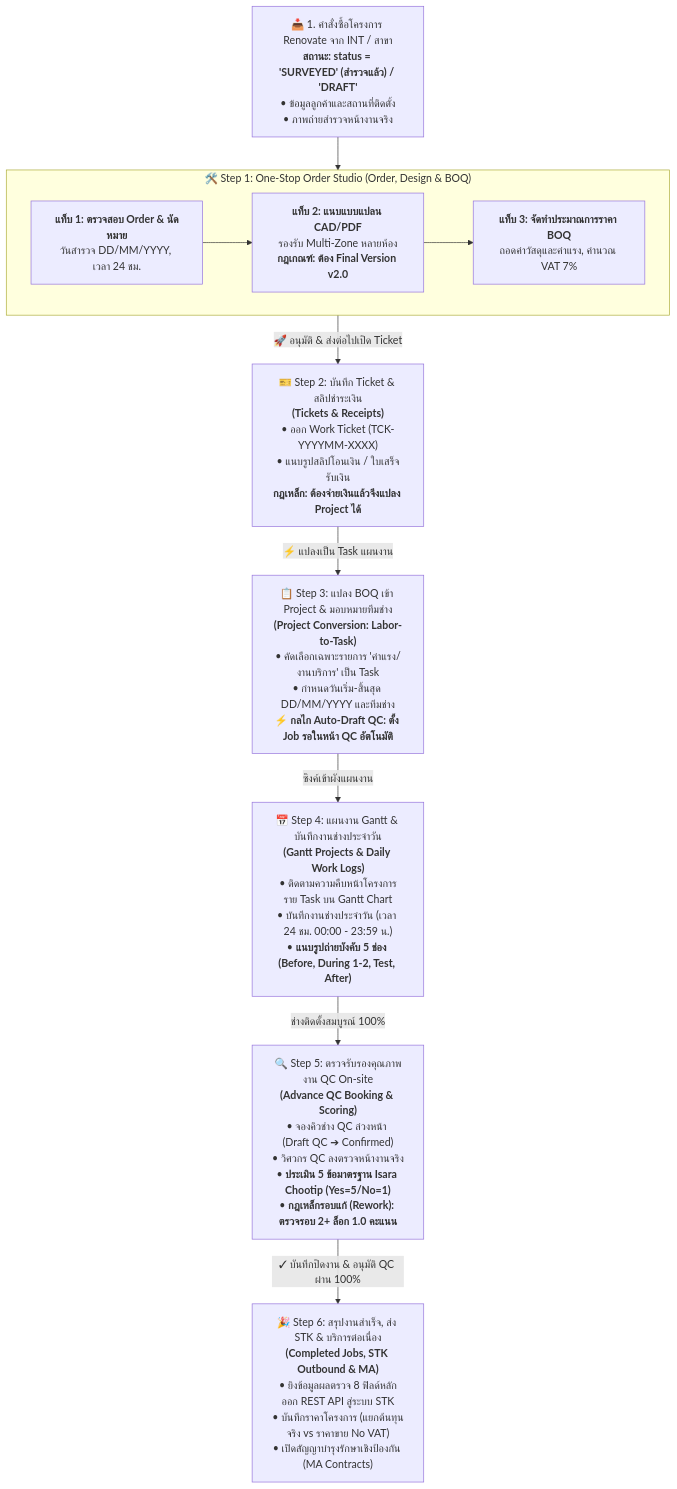
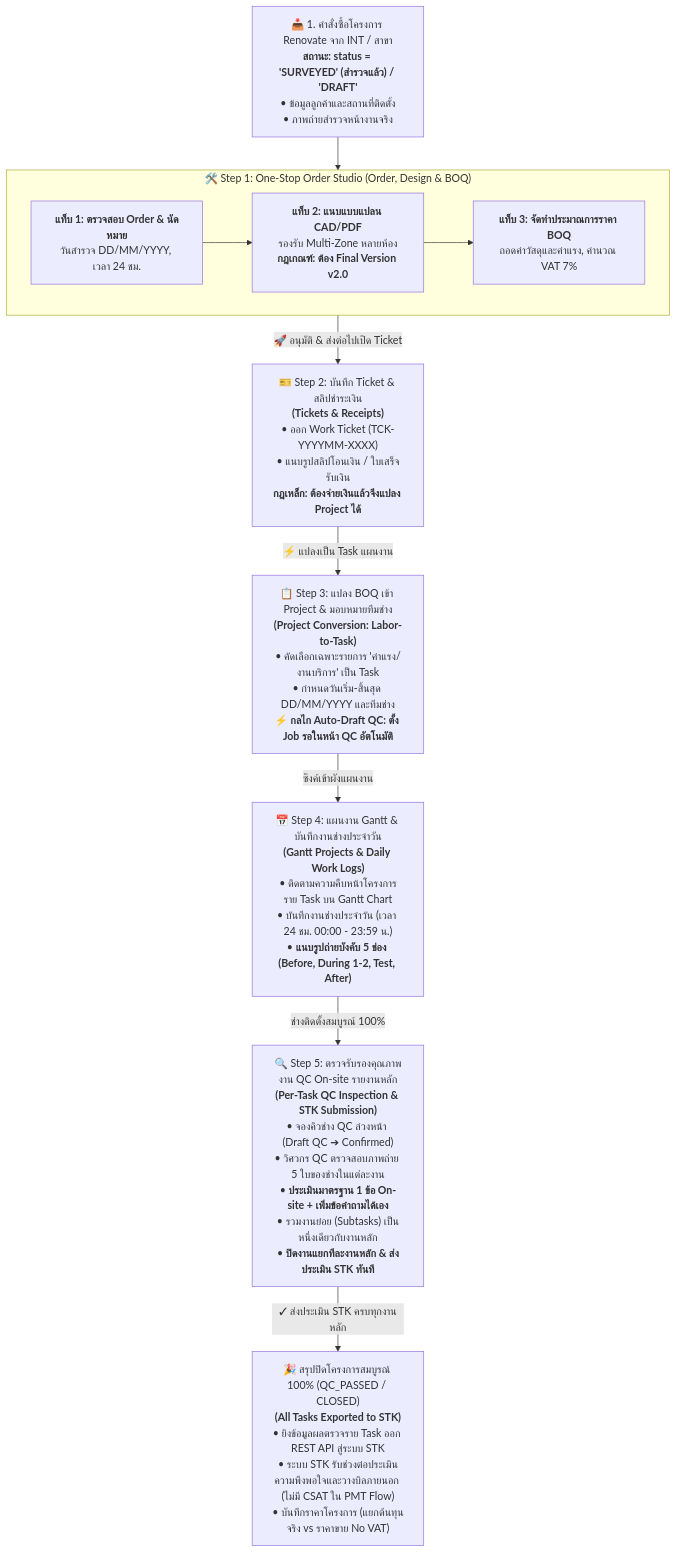
One commit to isarachootip/pmt_flow changed the diagram in doc/คู่มือการดำเนินงาน_โครงการRenovate.md. Above: the diagram before and after it, drawn with Mermaid. The commit also changed other lines of this file and 8 other files, not shown here.

Commit message:
feat(qc): implement per-task QC inspection and STK closure workflow

````diff
--- a/doc/คู่มือการดำเนินงาน_โครงการRenovate.md
+++ b/doc/คู่มือการดำเนินงาน_โครงการRenovate.md
@@ -16,22 +16,22 @@
 ```mermaid
 graph TD
     INT["📥 1. คำสั่งซื้อโครงการ Renovate จาก INT / สาขา<br><b>สถานะ: status = 'SURVEYED' (สำรวจแล้ว) / 'DRAFT'</b><br>• ข้อมูลลูกค้าและสถานที่ติดตั้ง<br>• ภาพถ่ายสำรวจหน้างานจริง"]
     
     subgraph S1["🛠️ Step 1: One-Stop Order Studio (Order, Design & BOQ)"]
         S1_1["<b>แท็บ 1: ตรวจสอบ Order & นัดหมาย</b><br>วันสำรวจ DD/MM/YYYY, เวลา 24 ชม."]
         S1_2["<b>แท็บ 2: แนบแบบแปลน CAD/PDF</b><br>รองรับ Multi-Zone หลายห้อง<br><b>กฎเกณฑ์: ต้อง Final Version v2.0</b>"]
         S1_3["<b>แท็บ 3: จัดทำประมาณการราคา BOQ</b><br>ถอดค่าวัสดุและค่าแรง, คำนวณ VAT 7%"]
         S1_1 --> S1_2 --> S1_3
     end
 
     INT --> S1
     S1 -->|"🚀 อนุมัติ & ส่งต่อไปเปิด Ticket"| S2["🎫 Step 2: บันทึก Ticket & สลิปชำระเงิน<br><b>(Tickets & Receipts)</b><br>• ออก Work Ticket (TCK-YYYYMM-XXXX)<br>• แนบรูปสลิปโอนเงิน / ใบเสร็จรับเงิน<br><b>กฎเหล็ก: ต้องจ่ายเงินแล้วจึงแปลง Project ได้</b>"]
     
     S2 -->|"⚡ แปลงเป็น Task แผนงาน"| S3["📋 Step 3: แปลง BOQ เข้า Project & มอบหมายทีมช่าง<br><b>(Project Conversion: Labor-to-Task)</b><br>• คัดเลือกเฉพาะรายการ 'ค่าแรง/งานบริการ' เป็น Task<br>• กำหนดวันเริ่ม-สิ้นสุด DD/MM/YYYY และทีมช่าง<br><b>⚡ กลไก Auto-Draft QC: ตั้ง Job รอในหน้า QC อัตโนมัติ</b>"]
     
     S3 -->|"ซิงค์เข้าผังแผนงาน"| S4["📅 Step 4: แผนงาน Gantt & บันทึกงานช่างประจำวัน<br><b>(Gantt Projects & Daily Work Logs)</b><br>• ติดตามความคืบหน้าโครงการราย Task บน Gantt Chart<br>• บันทึกงานช่างประจำวัน (เวลา 24 ชม. 00:00 - 23:59 น.)<br>• <b>แนบรูปถ่ายบังคับ 5 ช่อง (Before, During 1-2, Test, After)</b>"]
     
-    S4 -->|"ช่างติดตั้งสมบูรณ์ 100%"| S5["🔍 Step 5: ตรวจรับรองคุณภาพงาน QC On-site<br><b>(Advance QC Booking & Scoring)</b><br>• จองคิวช่าง QC ล่วงหน้า (Draft QC ➔ Confirmed)<br>• วิศวกร QC ลงตรวจหน้างานจริง<br>• <b>ประเมิน 5 ข้อมาตรฐาน Isara Chootip (Yes=5/No=1)</b><br>• <b>กฎเหล็กรอบแก้ (Rework): ตรวจรอบ 2+ ล็อก 1.0 คะแนน</b>"]
+    S4 -->|"ช่างติดตั้งสมบูรณ์ 100%"| S5["🔍 Step 5: ตรวจรับรองคุณภาพงาน QC On-site รายงานหลัก<br><b>(Per-Task QC Inspection & STK Submission)</b><br>• จองคิวช่าง QC ล่วงหน้า (Draft QC ➔ Confirmed)<br>• วิศวกร QC ตรวจสอบภาพถ่าย 5 ใบของช่างในแต่ละงาน<br>• <b>ประเมินมาตรฐาน 1 ข้อ On-site + เพิ่มข้อคำถามได้เอง</b><br>• รวมงานย่อย (Subtasks) เป็นหนึ่งเดียวกับงานหลัก<br>• <b>ปิดงานแยกทีละงานหลัก & ส่งประเมิน STK ทันที</b>"]
     
-    S5 -->|"✓ บันทึกปิดงาน & อนุมัติ QC ผ่าน 100%"| S6["🎉 Step 6: สรุปงานสำเร็จ, ส่ง STK & บริการต่อเนื่อง<br><b>(Completed Jobs, STK Outbound & MA)</b><br>• ยิงข้อมูลผลตรวจ 8 ฟิลด์หลักออก REST API สู่ระบบ STK<br>• บันทึกราคาโครงการ (แยกต้นทุนจริง vs ราคาขาย No VAT)<br>• เปิดสัญญาบำรุงรักษาเชิงป้องกัน (MA Contracts)"]
+    S5 -->|"✓ ส่งประเมิน STK ครบทุกงานหลัก"| S6["🎉 สรุปปิดโครงการสมบูรณ์ 100% (QC_PASSED / CLOSED)<br><b>(All Tasks Exported to STK)</b><br>• ยิงข้อมูลผลตรวจราย Task ออก REST API สู่ระบบ STK<br>• ระบบ STK รับช่วงต่อประเมินความพึงพอใจและวางบิลภายนอก (ไม่มี CSAT ใน PMT Flow)<br>• บันทึกราคาโครงการ (แยกต้นทุนจริง vs ราคาขาย No VAT)"]
 ```
````
